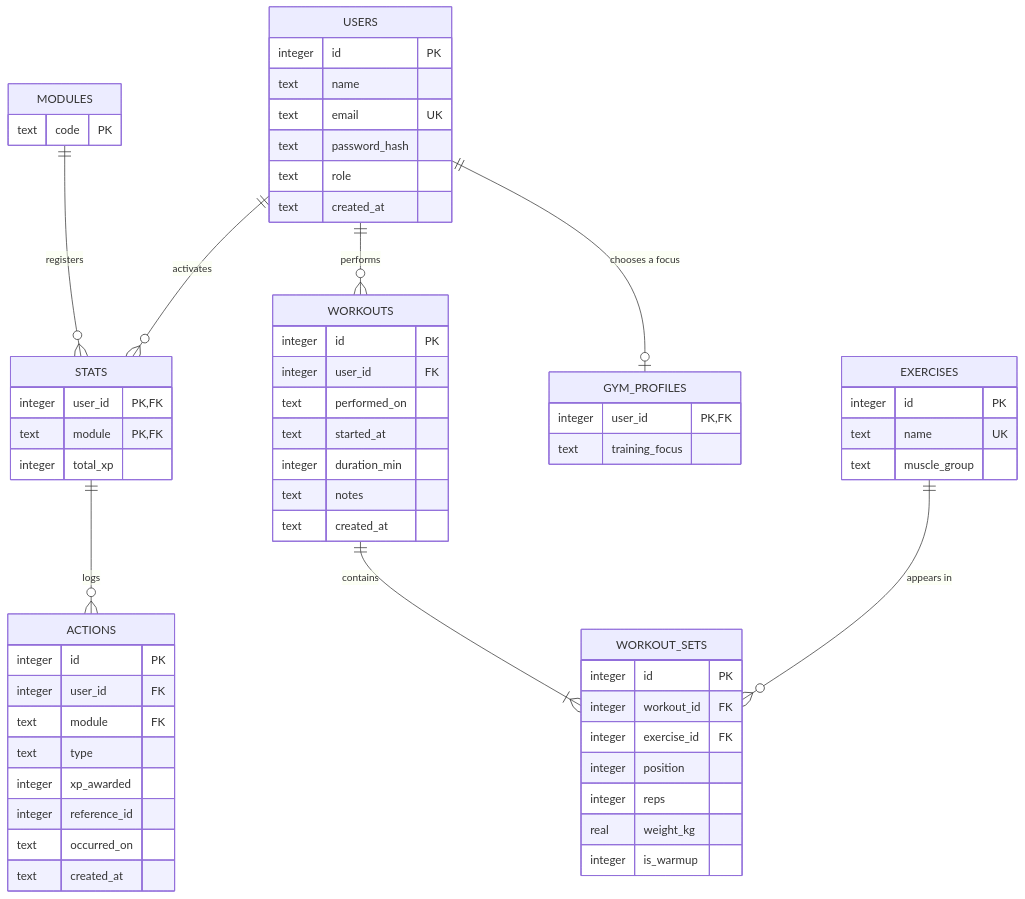
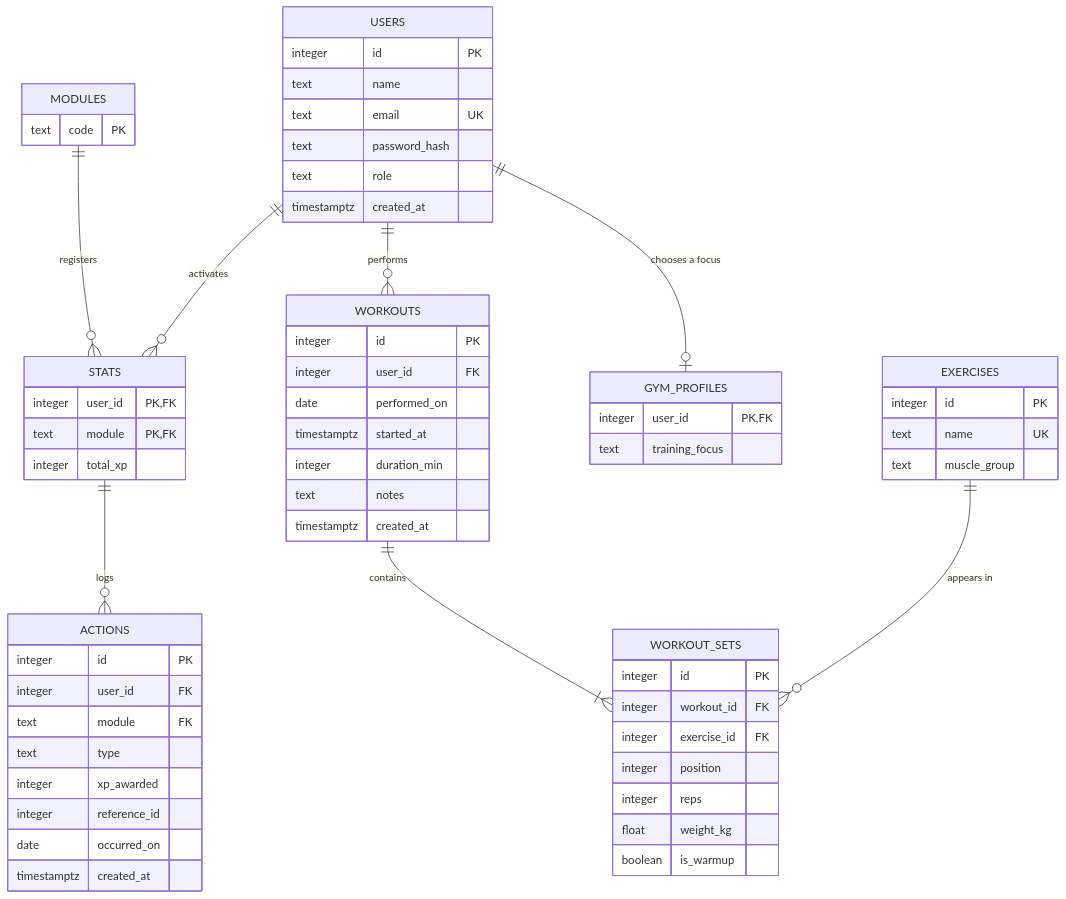
One commit to trianajuand/ownform changed the diagram in docs/decisions/002-database-design.md. Above: the diagram before and after it, drawn with Mermaid. The commit also changed other lines of this file and 3 other files, not shown here.

````diff
--- a/docs/decisions/002-database-design.md
+++ b/docs/decisions/002-database-design.md
@@ -84,64 +85,64 @@
 ```mermaid
 erDiagram
     USERS ||--o{ STATS : "activates"
     MODULES ||--o{ STATS : "registers"
     STATS ||--o{ ACTIONS : "logs"
     USERS ||--o{ WORKOUTS : "performs"
     USERS ||--o| GYM_PROFILES : "chooses a focus"
     WORKOUTS ||--|{ WORKOUT_SETS : "contains"
     EXERCISES ||--o{ WORKOUT_SETS : "appears in"
 
     USERS {
         integer id PK
         text name
         text email UK
         text password_hash
         text role
-        text created_at
+        timestamptz created_at
     }
     MODULES {
         text code PK
     }
     STATS {
         integer user_id PK, FK
         text module PK, FK
         integer total_xp
     }
     ACTIONS {
         integer id PK
         integer user_id FK
         text module FK
         text type
         integer xp_awarded
         integer reference_id
-        text occurred_on
-        text created_at
+        date occurred_on
+        timestamptz created_at
     }
     EXERCISES {
         integer id PK
         text name UK
         text muscle_group
     }
     WORKOUTS {
         integer id PK
         integer user_id FK
-        text performed_on
-        text started_at
+        date performed_on
+        timestamptz started_at
         integer duration_min
         text notes
-        text created_at
+        timestamptz created_at
     }
     WORKOUT_SETS {
         integer id PK
         integer workout_id FK
         integer exercise_id FK
         integer position
         integer reps
-        real weight_kg
-        integer is_warmup
+        float weight_kg
+        boolean is_warmup
     }
     GYM_PROFILES {
         integer user_id PK, FK
         text training_focus
     }
 ```
````
